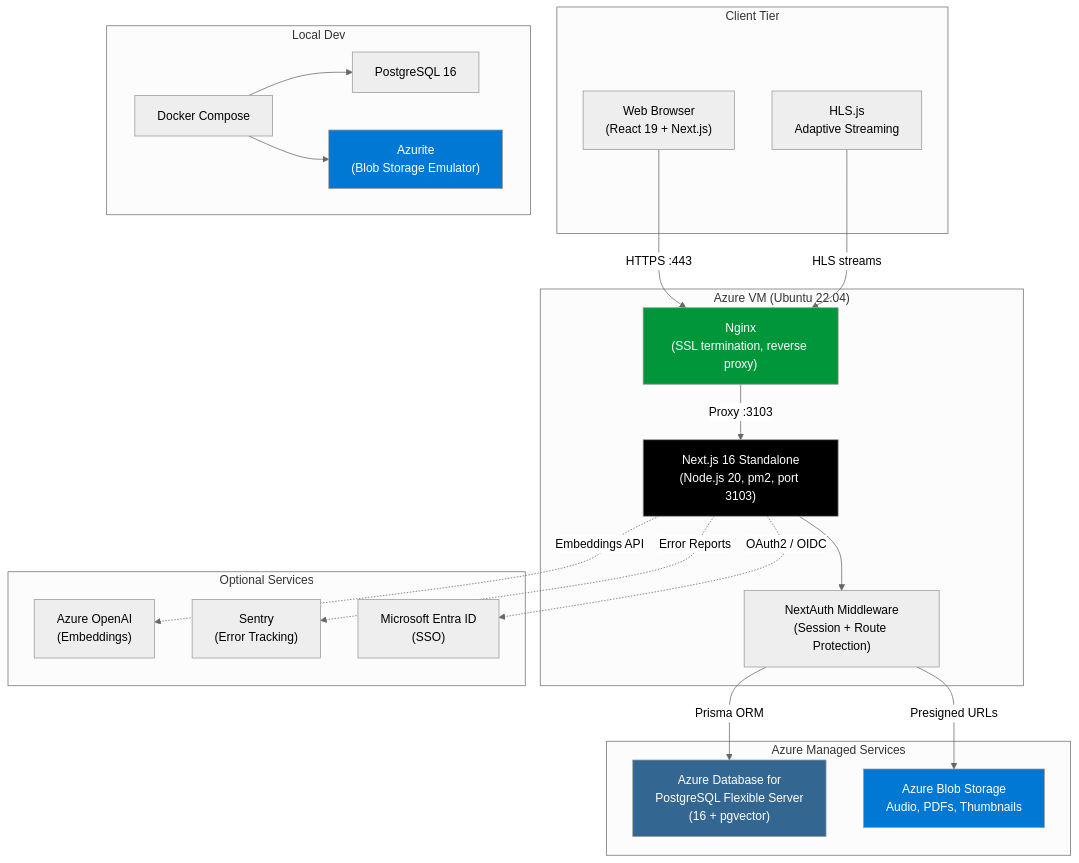
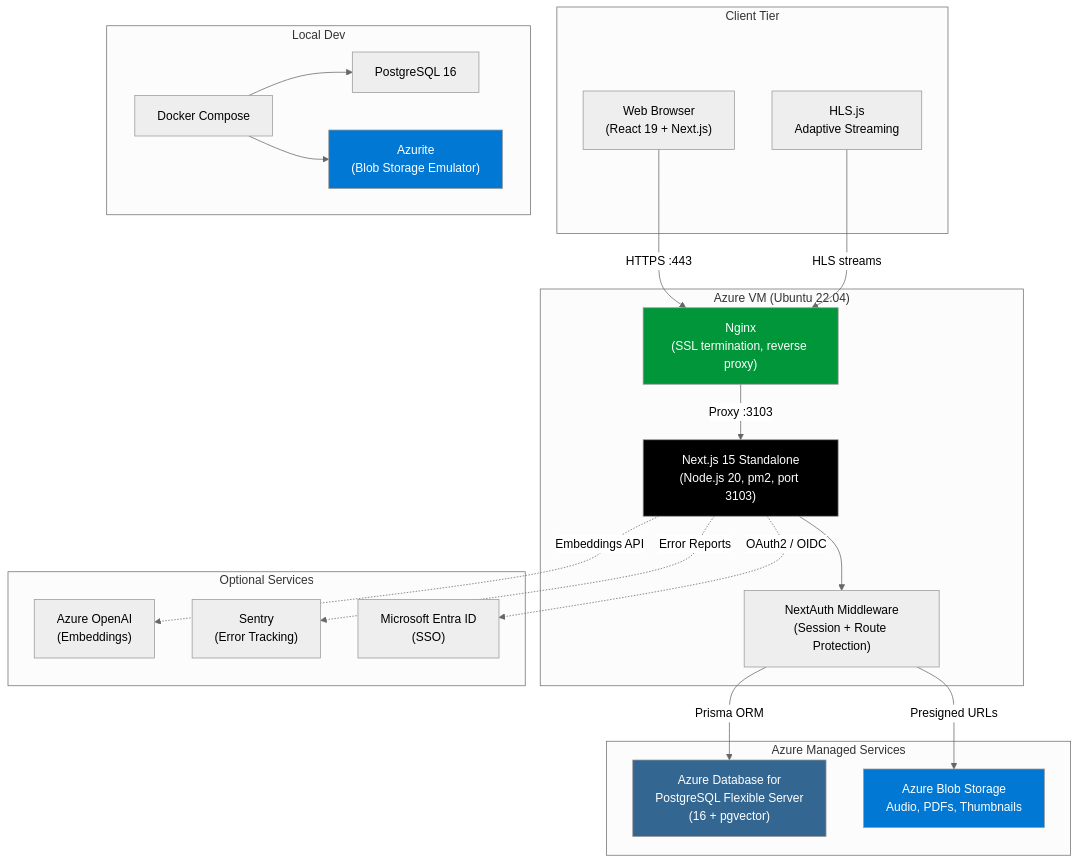
The diagram in README.md (RoshanJ20/podcasthub), drawn with Mermaid (neutral theme) before and after one commit. The commit also changed other lines of this file and 24 other files, not shown here.

````diff
--- a/README.md
+++ b/README.md
@@ -50,48 +50,48 @@
 ```mermaid
 graph TB
     subgraph "Client Tier"
         WebApp["Web Browser<br/>(React 19 + Next.js)"]
         HLS["HLS.js<br/>Adaptive Streaming"]
     end
 
     subgraph "Azure VM (Ubuntu 22.04)"
         Nginx["Nginx<br/>(SSL termination, reverse proxy)"]
-        NextJS["Next.js 16 Standalone<br/>(Node.js 20, pm2, port 3103)"]
+        NextJS["Next.js 15 Standalone<br/>(Node.js 20, pm2, port 3103)"]
         Middleware["NextAuth Middleware<br/>(Session + Route Protection)"]
     end
 
     subgraph "Azure Managed Services"
         PostgreSQL["Azure Database for<br/>PostgreSQL Flexible Server<br/>(16 + pgvector)"]
         BlobStorage["Azure Blob Storage<br/>Audio, PDFs, Thumbnails"]
     end
 
     subgraph "Optional Services"
         OpenAI["Azure OpenAI<br/>(Embeddings)"]
         Sentry["Sentry<br/>(Error Tracking)"]
         EntraID["Microsoft Entra ID<br/>(SSO)"]
     end
 
     subgraph "Local Dev"
         DockerCompose["Docker Compose"]
         PGLocal["PostgreSQL 16"]
         Azurite["Azurite<br/>(Blob Storage Emulator)"]
     end
 
     WebApp -->|"HTTPS :443"| Nginx
     HLS -->|"HLS streams"| Nginx
     Nginx -->|"Proxy :3103"| NextJS
     NextJS --> Middleware
     Middleware -->|"Prisma ORM"| PostgreSQL
     Middleware -->|"Presigned URLs"| BlobStorage
     NextJS -.->|"Embeddings API"| OpenAI
     NextJS -.->|"Error Reports"| Sentry
     NextJS -.->|"OAuth2 / OIDC"| EntraID
 
     DockerCompose --> PGLocal & Azurite
 
     style Nginx fill:#009639,color:#fff
     style PostgreSQL fill:#336791,color:#fff
     style BlobStorage fill:#0078d4,color:#fff
     style Azurite fill:#0078d4,color:#fff
     style NextJS fill:#000,color:#fff
 ```
````
